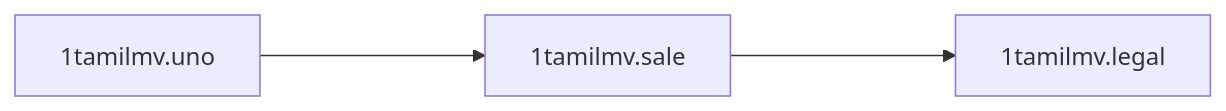
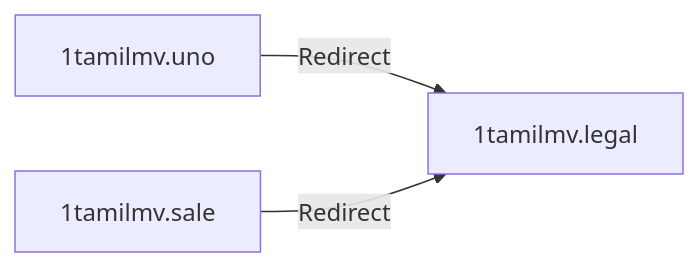
Before and after one commit to Tpj-root/SiteEvolution: the diagram in README.md, drawn with Mermaid.

````diff
--- a/README.md
+++ b/README.md
@@ -197,5 +197,5 @@
 ```mermaid
 graph LR;
-    1tamilmv.uno---->1tamilmv.sale;
-    1tamilmv.sale---->1tamilmv.legal;
+    1tamilmv.uno--Redirect-->1tamilmv.legal;
+    1tamilmv.sale--Redirect-->1tamilmv.legal;
 ```
````
